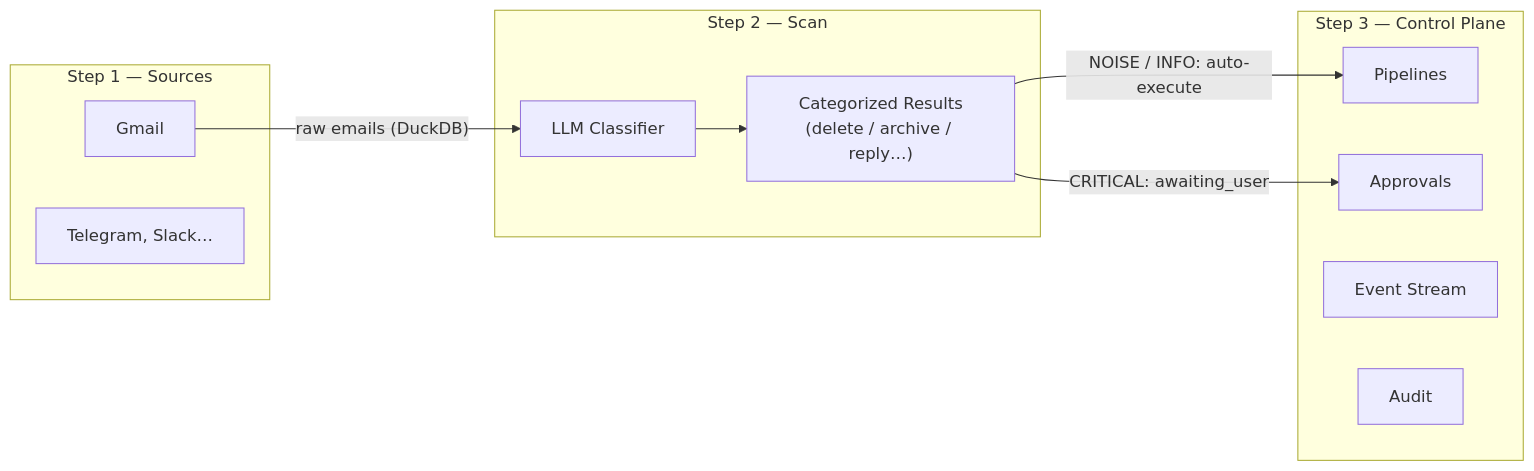
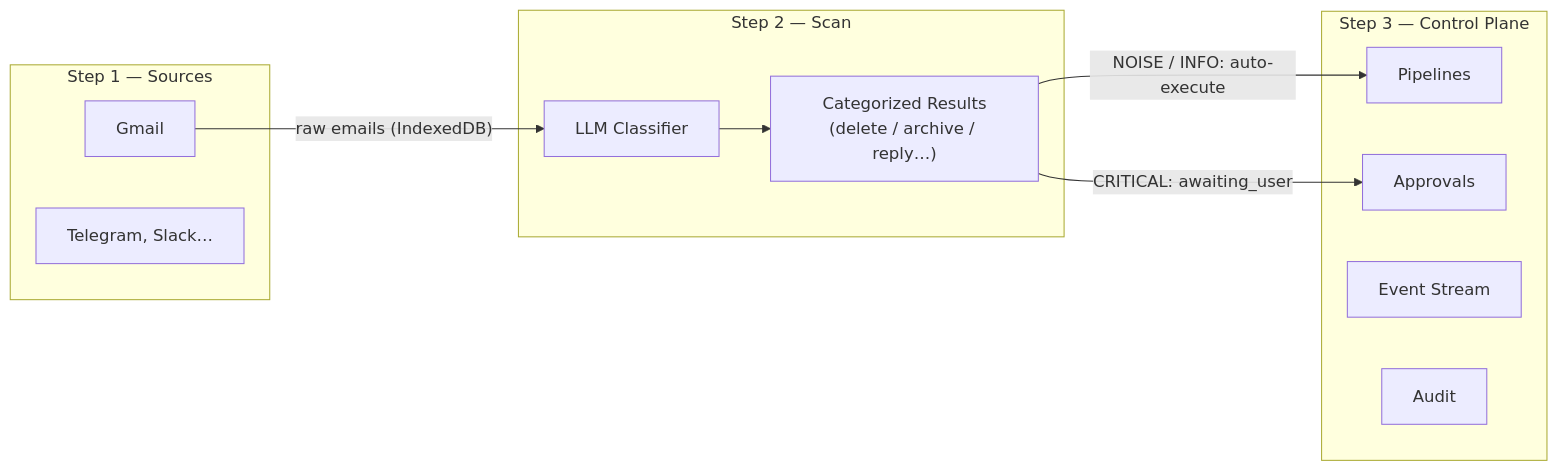
One commit to cypherkitty/me-ai changed the diagram in .cursor/rules/architecture.mdc. Above: the diagram before and after it, drawn with Mermaid. The commit also changed 27 other files, not shown here.

First line of the commit message:
refactor: remove DuckDB references, use IndexedDB/Rexie terminology

````diff
--- a/.cursor/rules/architecture.mdc
+++ b/.cursor/rules/architecture.mdc
@@ -28,22 +28,22 @@
 ```mermaid
 flowchart LR
     subgraph step1 [Step 1 — Sources]
         Gmail
         Future["Telegram, Slack…"]
     end
     subgraph step2 [Step 2 — Scan]
         LLM["LLM Classifier"]
         Results["Categorized Results\n(delete / archive / reply…)"]
     end
     subgraph step3 [Step 3 — Control Plane]
         Pipelines
         Approvals
         EventStream["Event Stream"]
         Audit
     end
 
-    Gmail -->|"raw emails (DuckDB)"| LLM
+    Gmail -->|"raw emails (IndexedDB)"| LLM
     LLM --> Results
     Results -->|"NOISE / INFO: auto-execute"| Pipelines
     Results -->|"CRITICAL: awaiting_user"| Approvals
 ```
````
